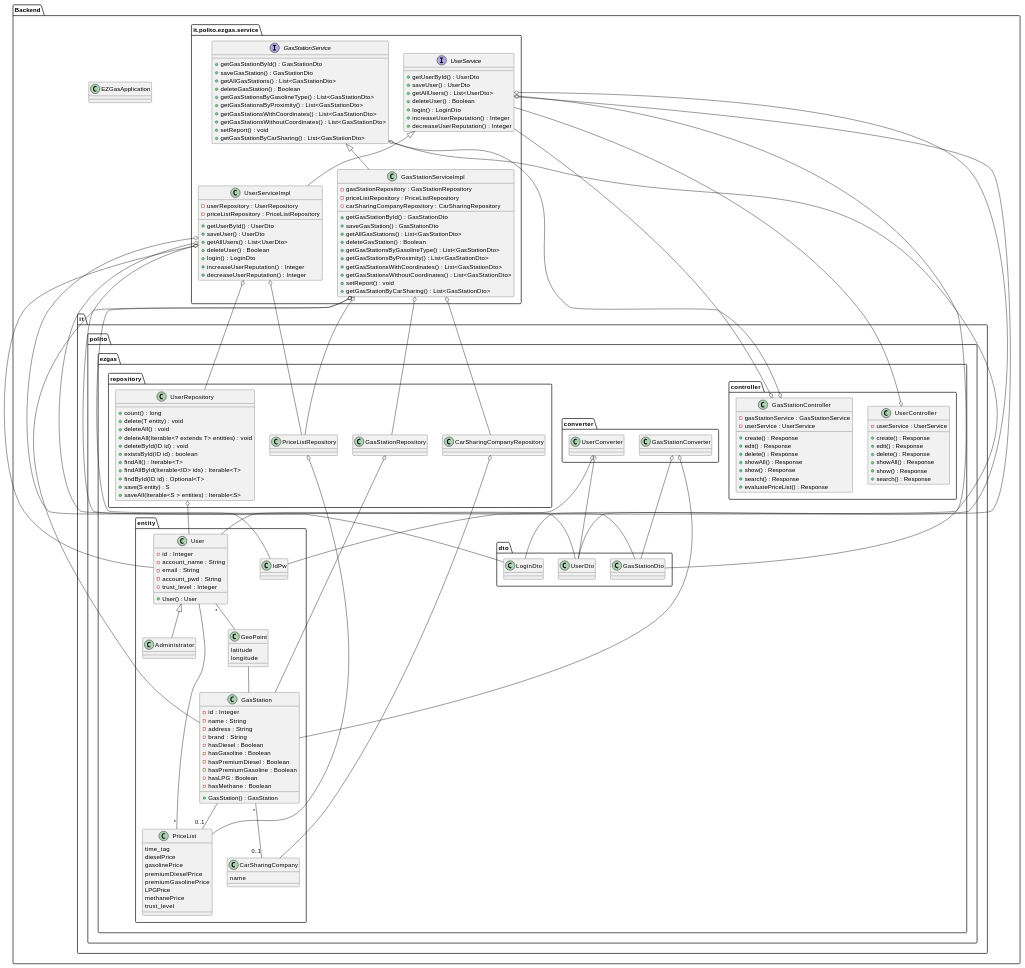
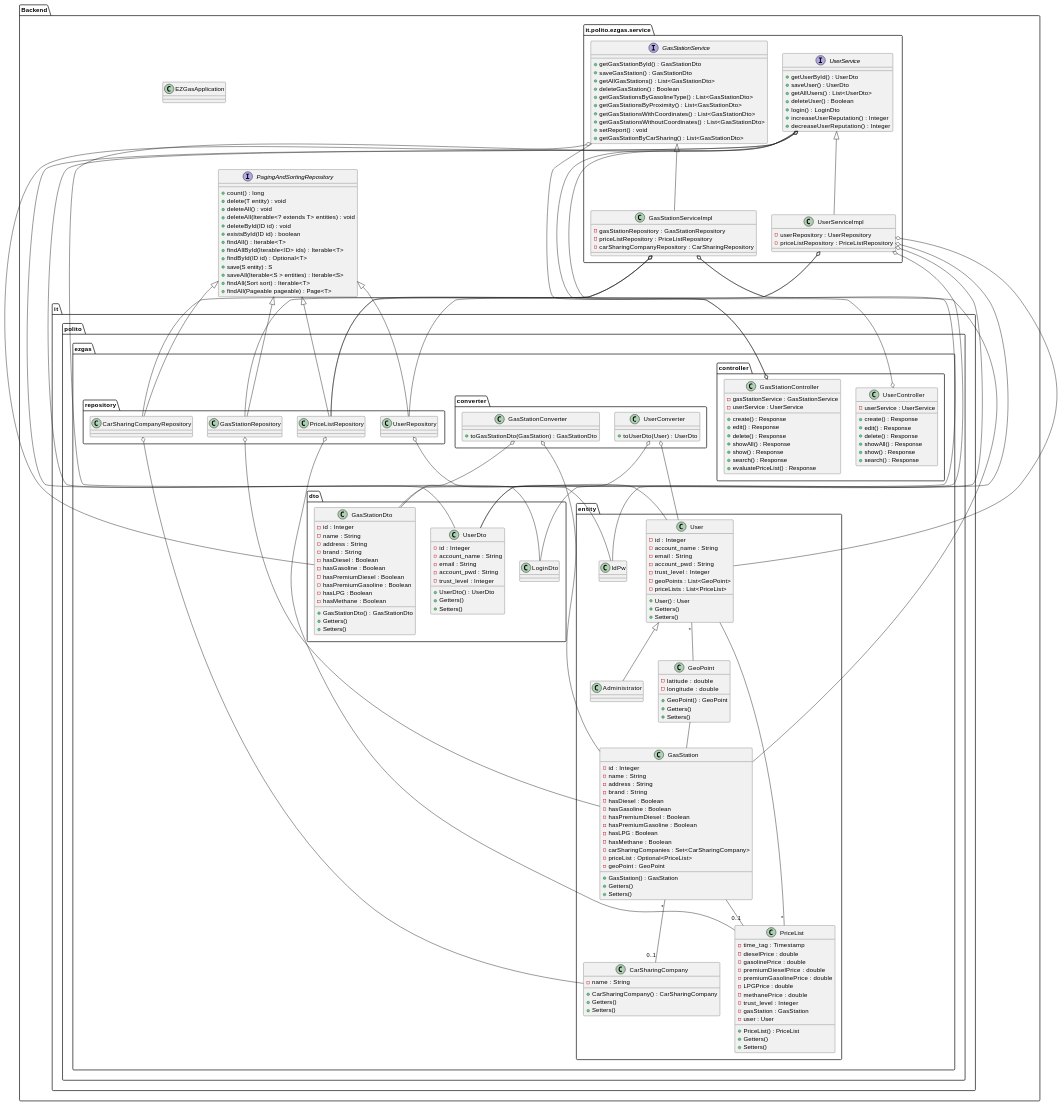
Before and after one commit to lucarinelli/ezgas: the fourth of 4 diagrams in docs/DesignDocument.md, drawn with PlantUML.

Commit message:
docs: WIP class diagram, added more methods

````diff
--- a/docs/DesignDocument.md
+++ b/docs/DesignDocument.md
@@ -225,8 +225,25 @@
 ```plantuml
 @startuml
+
 package "Backend" {
 
     class EZGasApplication
+    
+    interface PagingAndSortingRepository{
+        +count() : long
+        +delete(T entity) : void
+        +deleteAll() : void
+        +deleteAll(Iterable<? extends T> entities) : void
+        +deleteById(ID id) : void
+        +existsById(ID id) : boolean
+        +findAll() : Iterable<T>
+        +findAllById(Iterable<ID> ids) : Iterable<T> 
+        +findById(ID id) : Optional<T>
+        +save(S entity) : S
+        +saveAll(Iterable<S > entities) : Iterable<S>
+        +findAll(Sort sort) : Iterable<T> 
+        +findAll(Pageable pageable) : Page<T>
+    }
 
     package "it.polito.ezgas.service"  as ps {
         interface GasStationService {
@@ -256,28 +273,11 @@
             -gasStationRepository : GasStationRepository
             -priceListRepository : PriceListRepository
             -carSharingCompanyRepository : CarSharingRepository
-            +getGasStationById() : GasStationDto
-            +saveGasStation() : GasStationDto
-            +getAllGasStations() : List<GasStationDto>
-            +deleteGasStation() : Boolean
-            +getGasStationsByGasolineType() : List<GasStationDto>
-            +getGasStationsByProximity() : List<GasStationDto>
-            +getGasStationsWithCoordinates() : List<GasStationDto>
-            +getGasStationsWithoutCoordinates() : List<GasStationDto>
-            +setReport() : void
-            +getGasStationByCarSharing() : List<GasStationDto>
         }
         
         class UserServiceImpl{
             -userRepository : UserRepository
             -priceListRepository : PriceListRepository
-            +getUserById() : UserDto
-            +saveUser() : UserDto
-            +getAllUsers() : List<UserDto>
-            +deleteUser() : Boolean
-            +login() : LoginDto
-            +increaseUserReputation() : Integer
-            +decreaseUserReputation() : Integer
         }
     } 
     
@@ -308,28 +308,56 @@
     
     package "it.polito.ezgas.converter" {
         class GasStationConverter{
+            +toGasStationDto(GasStation) : GasStationDto
         }
         class UserConverter{
+            +toUserDto(User) : UserDto
         }
     }
     
     package "it.polito.ezgas.dto" {
         class GasStationDto{
+            -id : Integer
+            -name : String
+            -address : String
+            -brand : String
+            -hasDiesel : Boolean
+            -hasGasoline : Boolean
+            -hasPremiumDiesel : Boolean
+            -hasPremiumGasoline : Boolean
+            -hasLPG : Boolean
+            -hasMethane : Boolean
+            +GasStationDto() : GasStationDto
+            +Getters()
+            +Setters()
         }
         class UserDto{
+            -id : Integer
+            -account_name : String
+            -email : String
+            -account_pwd : String
+            -trust_level : Integer
+            +UserDto() : UserDto
+            +Getters()
+            +Setters()
         }
         class LoginDto{
         }
     }
     
     package "it.polito.ezgas.entity" {
+
         class User {
             -id : Integer
             -account_name : String
             -email : String
             -account_pwd : String
             -trust_level : Integer
+            -geoPoints : List<GeoPoint>
+            -priceLists : List<PriceList>
             +User() : User
+            +Getters()
+            +Setters()
         }
         class Administrator
         class GasStation {
@@ -343,24 +371,40 @@
             -hasPremiumGasoline : Boolean
             -hasLPG : Boolean
             -hasMethane : Boolean
+            -carSharingCompanies : Set<CarSharingCompany>
+            -priceList : Optional<PriceList>
+            -geoPoint : GeoPoint
             +GasStation() : GasStation
+            +Getters()
+            +Setters()
         }
         class GeoPoint {
-         latitude
-         longitude
+            -latitude : double
+            -longitude : double
+            +GeoPoint() : GeoPoint
+            +Getters()
+            +Setters()
         }
         class CarSharingCompany {
-         name
+            -name : String
+            +CarSharingCompany() : CarSharingCompany
+            +Getters()
+            +Setters()
         }
         class PriceList {
-         time_tag
-         dieselPrice
-         gasolinePrice
-         premiumDieselPrice
-         premiumGasolinePrice
-         LPGPrice
-         methanePrice
-         trust_level
+            -time_tag : Timestamp
+            -dieselPrice : double
+            -gasolinePrice : double
+            -premiumDieselPrice : double
+            -premiumGasolinePrice : double
+            -LPGPrice : double
+            -methanePrice : double
+            -trust_level : Integer
+            -gasStation : GasStation
+            -user : User
+            +PriceList() : PriceList
+            +Getters()
+            +Setters()
         }
         
         class IdPw{
@@ -376,17 +420,7 @@
     
     package "it.polito.ezgas.repository" {
         class UserRepository{
-            +count() : long
-            +delete(T entity) : void
-            +deleteAll() : void
-            +deleteAll(Iterable<? extends T> entities) : void
-            +deleteById(ID id) : void
-            +existsById(ID id) : boolean
-            +findAll() : Iterable<T>
-            +findAllById(Iterable<ID> ids) : Iterable<T> 
-            +findById(ID id) : Optional<T>
-            +save(S entity) : S
-            +saveAll(Iterable<S > entities) : Iterable<S>
+            
         }
         
         class GasStationRepository{
@@ -401,6 +435,12 @@
 
     
 }
+
+PagingAndSortingRepository <|-- UserRepository
+PagingAndSortingRepository <|-- GasStationRepository
+PagingAndSortingRepository <|-- PriceListRepository
+PagingAndSortingRepository <|-- CarSharingCompanyRepository
+
 
 UserService <|-- UserServiceImpl
 GasStationService <|-- GasStationServiceImpl
````
